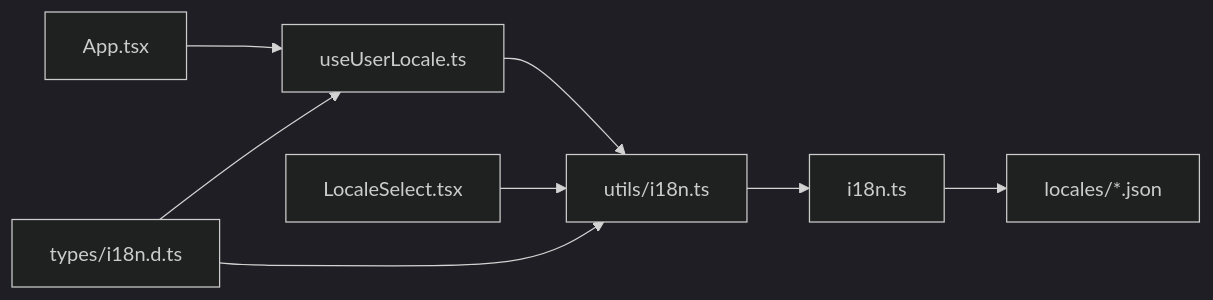
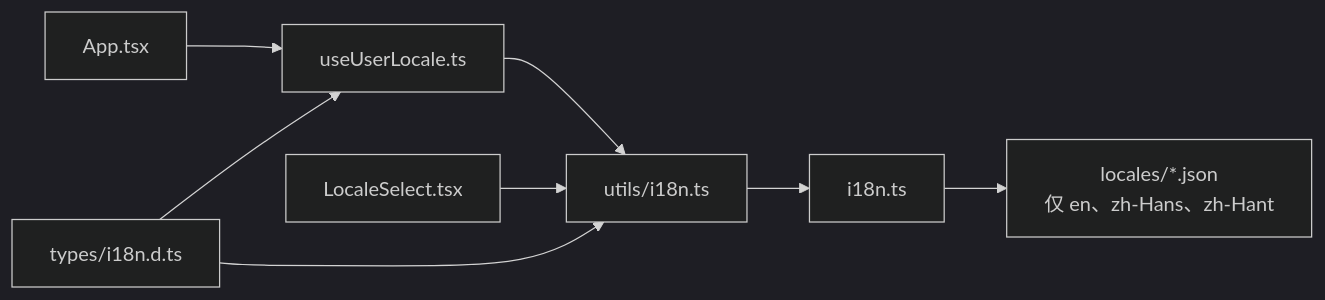
One commit to hrygo/memos changed the fifth of 5 diagrams in .qoder/repowiki/zh/content/前端应用架构/国际化与本地化.md. Above: the diagram before and after it, drawn with Mermaid (dark theme). The commit also changed other lines of this file and 29 other files, not shown here.

````diff
--- a/.qoder/repowiki/zh/content/前端应用架构/国际化与本地化.md
+++ b/.qoder/repowiki/zh/content/前端应用架构/国际化与本地化.md
@@ -290,10 +297,10 @@
 ```mermaid
 graph LR
 App["App.tsx"] --> Hook["useUserLocale.ts"]
 Hook --> Utils["utils/i18n.ts"]
 Utils --> I18N["i18n.ts"]
-I18N --> Locales["locales/*.json"]
+I18N --> Locales["locales/*.json<br/>仅 en、zh-Hans、zh-Hant"]
 Comp["LocaleSelect.tsx"] --> Utils
 Types["types/i18n.d.ts"] --> Utils
 Types --> Hook
 ```
````
